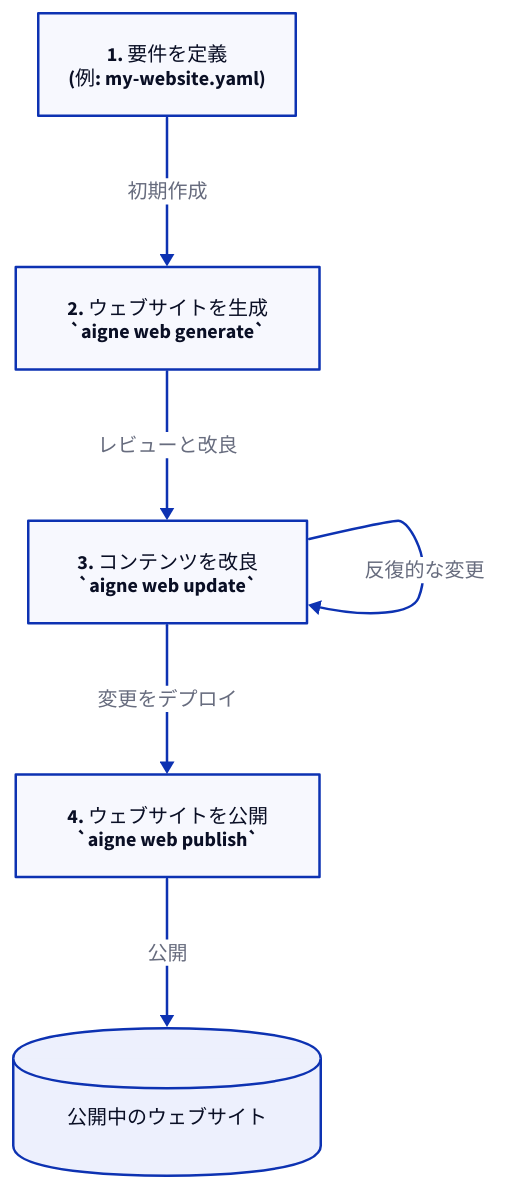
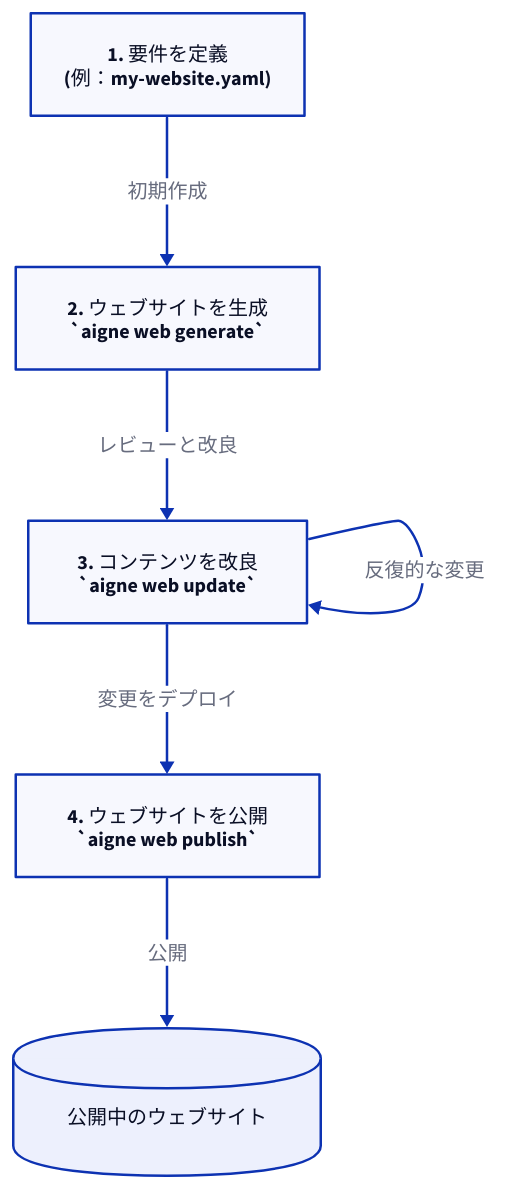
One commit to AIGNE-io/aigne-web-smith changed the diagram in .aigne/doc-smith/docs/core-tasks.ja.md. Above: the diagram before and after it, drawn with D2. The commit also changed other lines of this file and 90 other files, not shown here.

````diff
--- a/.aigne/doc-smith/docs/core-tasks.ja.md
+++ b/.aigne/doc-smith/docs/core-tasks.ja.md
@@ -11,34 +11,34 @@
 ```d2
 direction: down
 
 config: {
-  label: "1. 要件を定義\n(例: my-website.yaml)"
+  label: "1. 要件を定義\n(例：my-website.yaml)"
   shape: rectangle
 }
 
 generate: {
   label: "2. ウェブサイトを生成\n`aigne web generate`"
   shape: rectangle
 }
 
 update: {
   label: "3. コンテンツを改良\n`aigne web update`"
   shape: rectangle
 }
 
 publish: {
   label: "4. ウェブサイトを公開\n`aigne web publish`"
   shape: rectangle
 }
 
 live_site: {
   label: "公開中のウェブサイト"
   shape: cylinder
 }
 
 config -> generate: "初期作成"
 generate -> update: "レビューと改良"
 update -> update: "反復的な変更"
 update -> publish: "変更をデプロイ"
 publish -> live_site: "公開"
 ```
````
